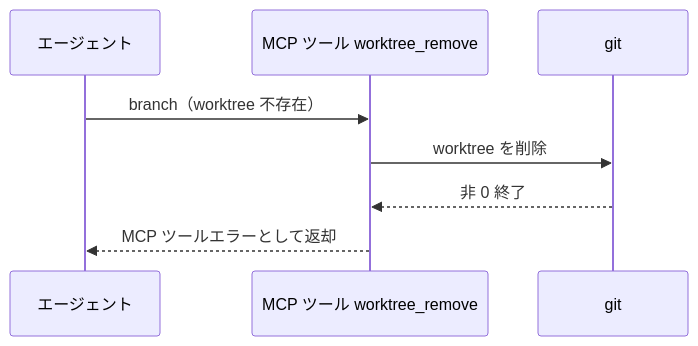
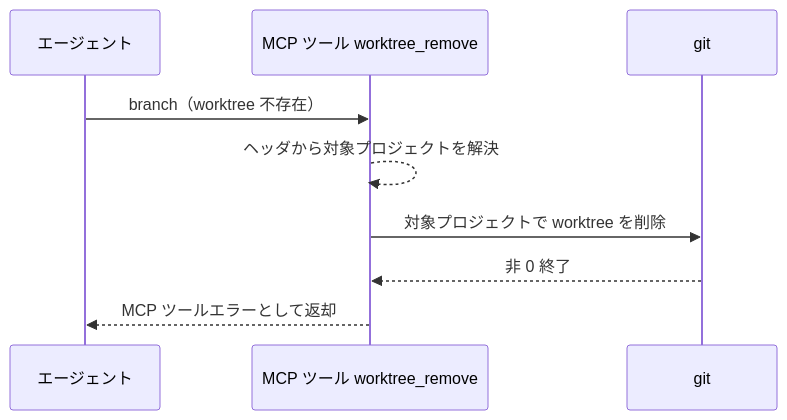
The second of 3 diagrams in docs/wiki/設計図/バックエンド結合/worktree削除.py.md (shuhei1101/ai-monitor), drawn with Mermaid before and after one commit. The commit also changed other lines of this file and 12 other files, not shown here.

````diff
--- a/docs/wiki/設計図/バックエンド結合/worktree削除.py.md
+++ b/docs/wiki/設計図/バックエンド結合/worktree削除.py.md
@@ -97,11 +106,12 @@
 ```mermaid
 sequenceDiagram
   participant A as エージェント
   participant T as MCP ツール worktree_remove
   participant G as git
 
   A->>T: branch（worktree 不存在）
-  T->>G: worktree を削除
+  T-->>T: ヘッダから対象プロジェクトを解決
+  T->>G: 対象プロジェクトで worktree を削除
   G-->>T: 非 0 終了
   T-->>A: MCP ツールエラーとして返却
 ```
````
